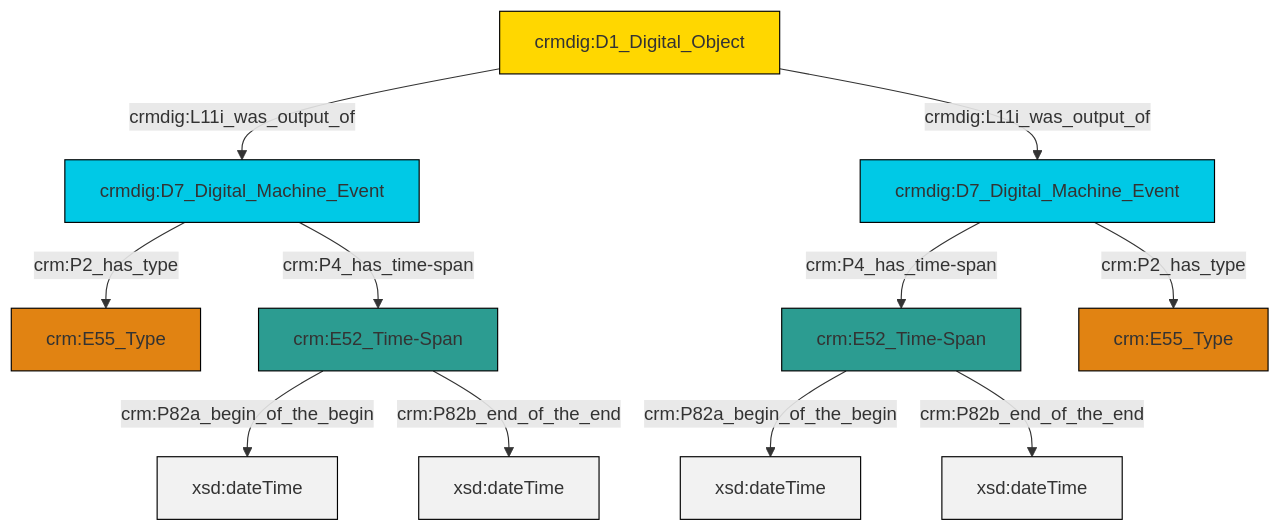
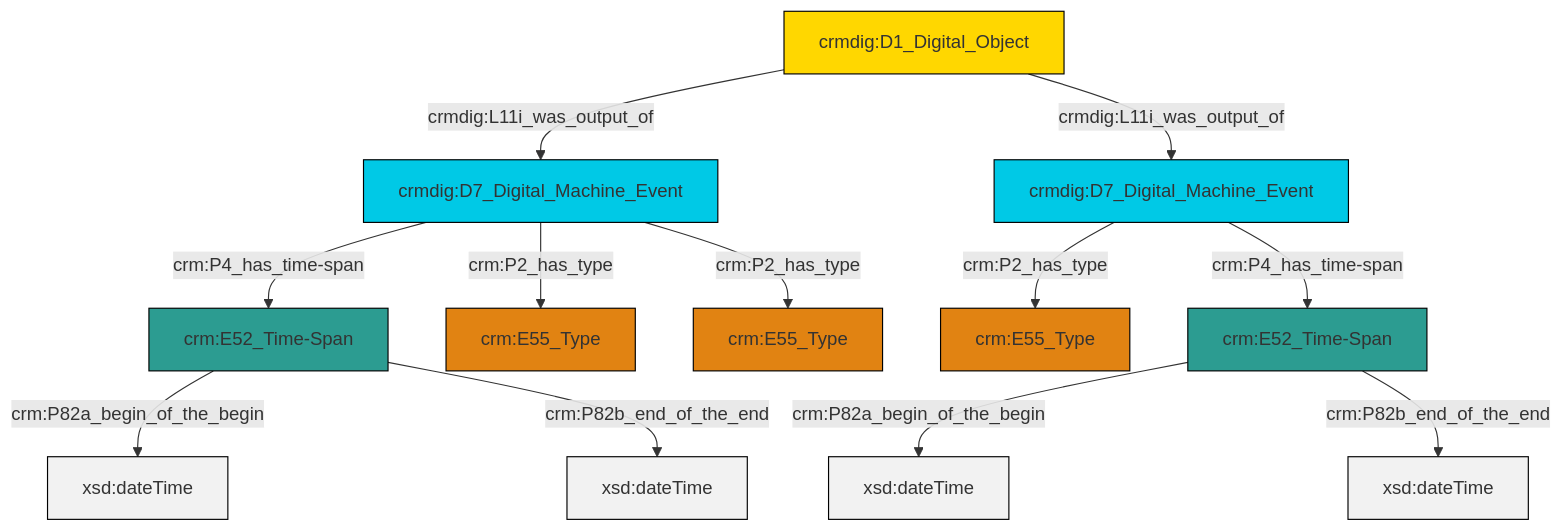
Before and after one commit to ncarboni/srdm: the diagram in et/doCSV/ttl/mmd/do_existence.ttl.mmd, drawn with Mermaid. The commit also changed 395 other files, not shown here.

```diff
--- a/et/doCSV/ttl/mmd/do_existence.ttl.mmd
+++ b/et/doCSV/ttl/mmd/do_existence.ttl.mmd
@@ -1,25 +1,26 @@
 graph TD
 classDef Literal fill:#f2f2f2,stroke:#000000;
 classDef CRM_Entity fill:#FFFFFF,stroke:#000000;
 classDef Temporal_Entity fill:#00C9E6, stroke:#000000;
 classDef Type fill:#E18312, stroke:#000000;
 classDef Time-Span fill:#2C9C91, stroke:#000000;
 classDef Appellation fill:#FFEB7F, stroke:#000000;
 classDef Place fill:#008836, stroke:#000000;
 classDef Persistent_Item fill:#B266B2, stroke:#000000;
 classDef Conceptual_Object fill:#FFD700, stroke:#000000;
 classDef Physical_Thing fill:#D2B48C, stroke:#000000;
 classDef Actor fill:#f58aad, stroke:#000000;
 classDef PC_Classes fill:#4ce600, stroke:#000000;
 classDef Multi fill:#cccccc,stroke:#000000;
 
-4["crm:E52_Time-Span"]:::Time-Span -->|crm:P82a_begin_of_the_begin| 5[xsd:dateTime]:::Literal
-6["crm:E52_Time-Span"]:::Time-Span -->|crm:P82a_begin_of_the_begin| 8[xsd:dateTime]:::Literal
-6["crm:E52_Time-Span"]:::Time-Span -->|crm:P82b_end_of_the_end| 9[xsd:dateTime]:::Literal
-0["crmdig:D7_Digital_Machine_Event"]:::Temporal_Entity -->|crm:P4_has_time-span| 6["crm:E52_Time-Span"]:::Time-Span
-11["crmdig:D7_Digital_Machine_Event"]:::Temporal_Entity -->|crm:P4_has_time-span| 4["crm:E52_Time-Span"]:::Time-Span
-12["crmdig:D1_Digital_Object"]:::Conceptual_Object -->|crmdig:L11i_was_output_of| 0["crmdig:D7_Digital_Machine_Event"]:::Temporal_Entity
-4["crm:E52_Time-Span"]:::Time-Span -->|crm:P82b_end_of_the_end| 15[xsd:dateTime]:::Literal
-11["crmdig:D7_Digital_Machine_Event"]:::Temporal_Entity -->|crm:P2_has_type| 13["crm:E55_Type"]:::Type
+0["crmdig:D7_Digital_Machine_Event"]:::Temporal_Entity -->|crm:P4_has_time-span| 1["crm:E52_Time-Span"]:::Time-Span
+4["crmdig:D1_Digital_Object"]:::Conceptual_Object -->|crmdig:L11i_was_output_of| 0["crmdig:D7_Digital_Machine_Event"]:::Temporal_Entity
+1["crm:E52_Time-Span"]:::Time-Span -->|crm:P82a_begin_of_the_begin| 10[xsd:dateTime]:::Literal
+11["crmdig:D7_Digital_Machine_Event"]:::Temporal_Entity -->|crm:P2_has_type| 12["crm:E55_Type"]:::Type
+4["crmdig:D1_Digital_Object"]:::Conceptual_Object -->|crmdig:L11i_was_output_of| 11["crmdig:D7_Digital_Machine_Event"]:::Temporal_Entity
+14["crm:E52_Time-Span"]:::Time-Span -->|crm:P82a_begin_of_the_begin| 15[xsd:dateTime]:::Literal
+0["crmdig:D7_Digital_Machine_Event"]:::Temporal_Entity -->|crm:P2_has_type| 6["crm:E55_Type"]:::Type
 0["crmdig:D7_Digital_Machine_Event"]:::Temporal_Entity -->|crm:P2_has_type| 2["crm:E55_Type"]:::Type
-12["crmdig:D1_Digital_Object"]:::Conceptual_Object -->|crmdig:L11i_was_output_of| 11["crmdig:D7_Digital_Machine_Event"]:::Temporal_Entity
+14["crm:E52_Time-Span"]:::Time-Span -->|crm:P82b_end_of_the_end| 18[xsd:dateTime]:::Literal
+1["crm:E52_Time-Span"]:::Time-Span -->|crm:P82b_end_of_the_end| 21[xsd:dateTime]:::Literal
+11["crmdig:D7_Digital_Machine_Event"]:::Temporal_Entity -->|crm:P4_has_time-span| 14["crm:E52_Time-Span"]:::Time-Span
```
